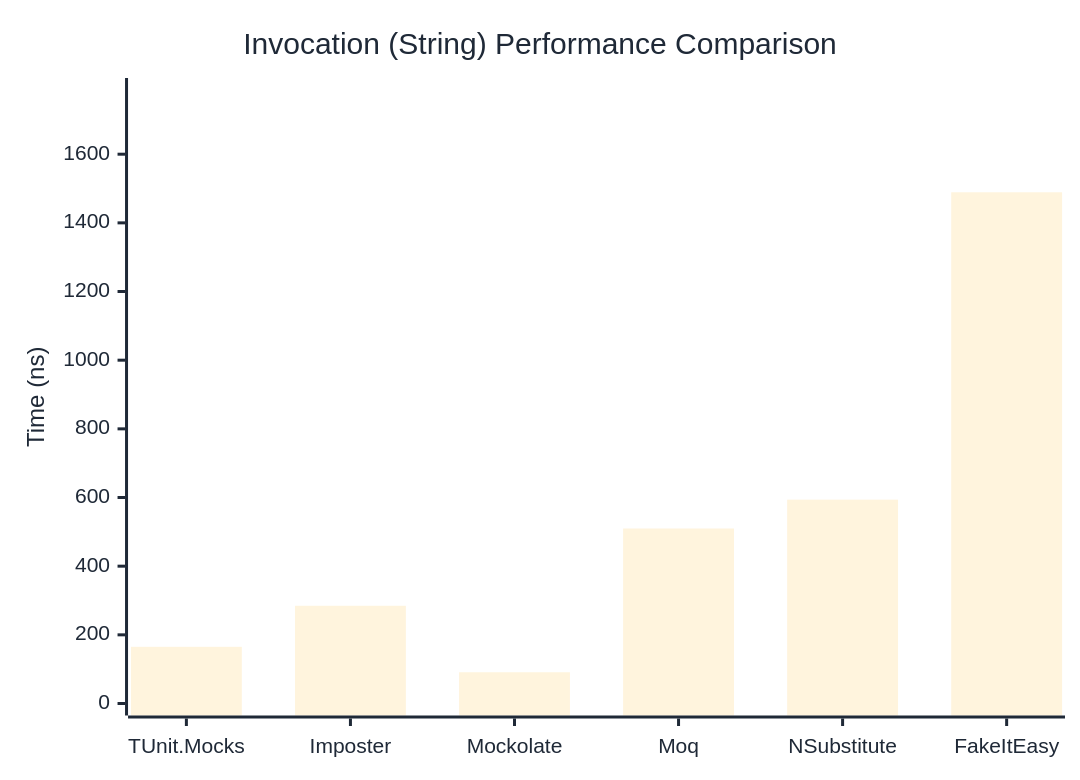
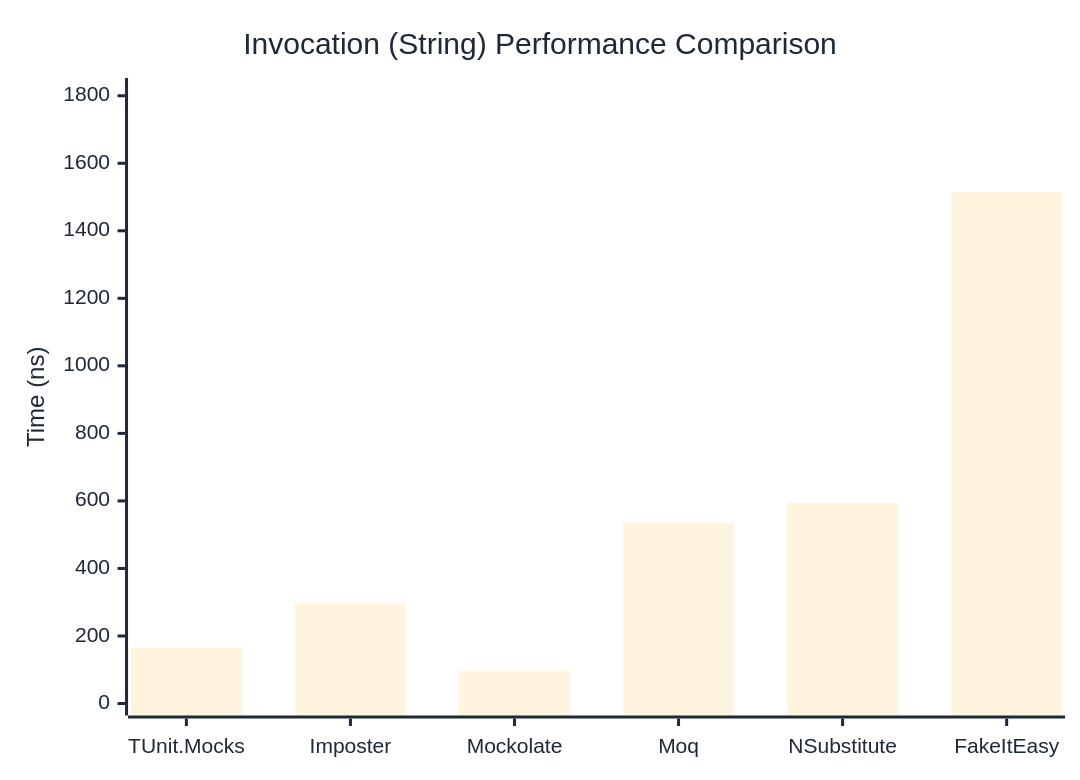
The second of 3 diagrams in docs/docs/benchmarks/mocks/Invocation.md (thomhurst/TUnit), drawn with Mermaid before and after one commit. The commit also changed other lines of this file and 14 other files, not shown here.

````diff
--- a/docs/docs/benchmarks/mocks/Invocation.md
+++ b/docs/docs/benchmarks/mocks/Invocation.md
@@ -71,27 +71,27 @@
 ```mermaid
 %%{init: {
   'theme':'base',
   'themeVariables': {
     'primaryColor': '#2563eb',
     'primaryTextColor': '#1f2937',
     'primaryBorderColor': '#1e40af',
     'lineColor': '#6b7280',
     'secondaryColor': '#7c3aed',
     'tertiaryColor': '#dc2626',
     'background': '#ffffff',
     'pie1': '#2563eb',
     'pie2': '#7c3aed',
     'pie3': '#dc2626',
     'pie4': '#f59e0b',
     'pie5': '#10b981',
     'pie6': '#06b6d4',
     'pie7': '#ec4899',
     'pie8': '#6366f1'
   }
 }}%%
 xychart-beta
   title "Invocation (String) Performance Comparison"
   x-axis ["TUnit.Mocks", "Imposter", "Mockolate", "Moq", "NSubstitute", "FakeItEasy"]
-  y-axis "Time (ns)" 0 --> 1787
-  bar [165.12, 284.66, 91.01, 509.75, 593.75, 1489.09]
+  y-axis "Time (ns)" 0 --> 1817
+  bar [165.24, 296.39, 97.93, 534.88, 593.67, 1513.98]
 ```
````
